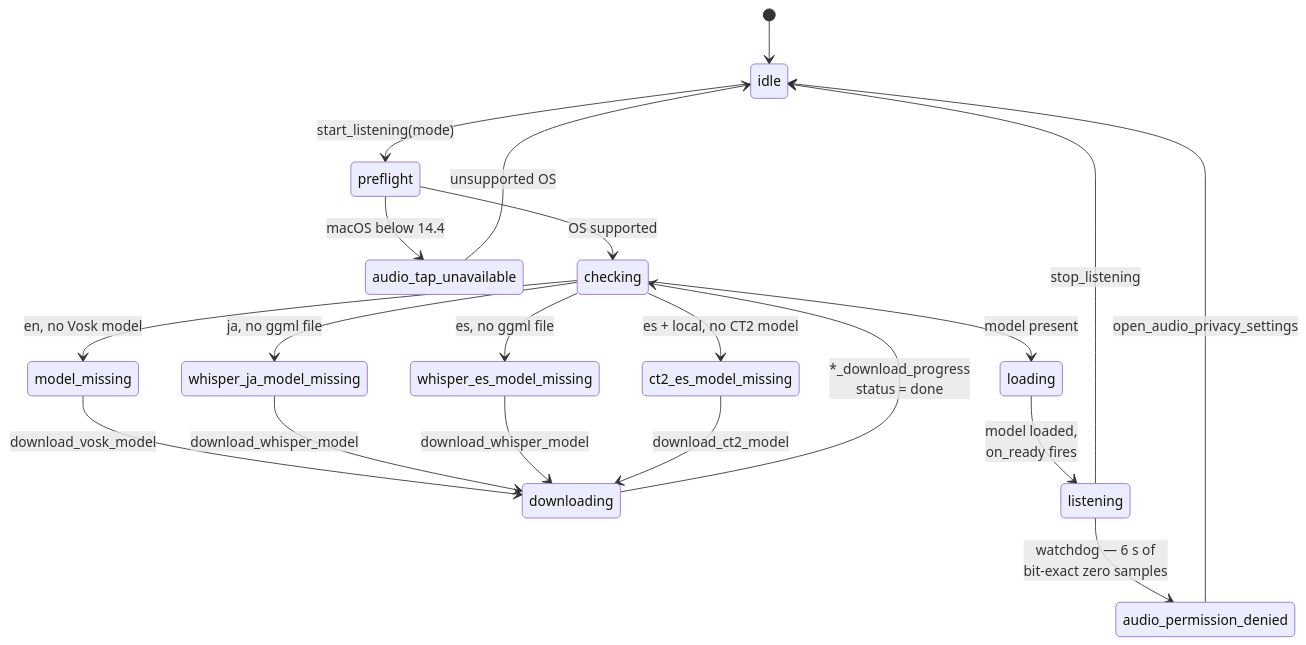
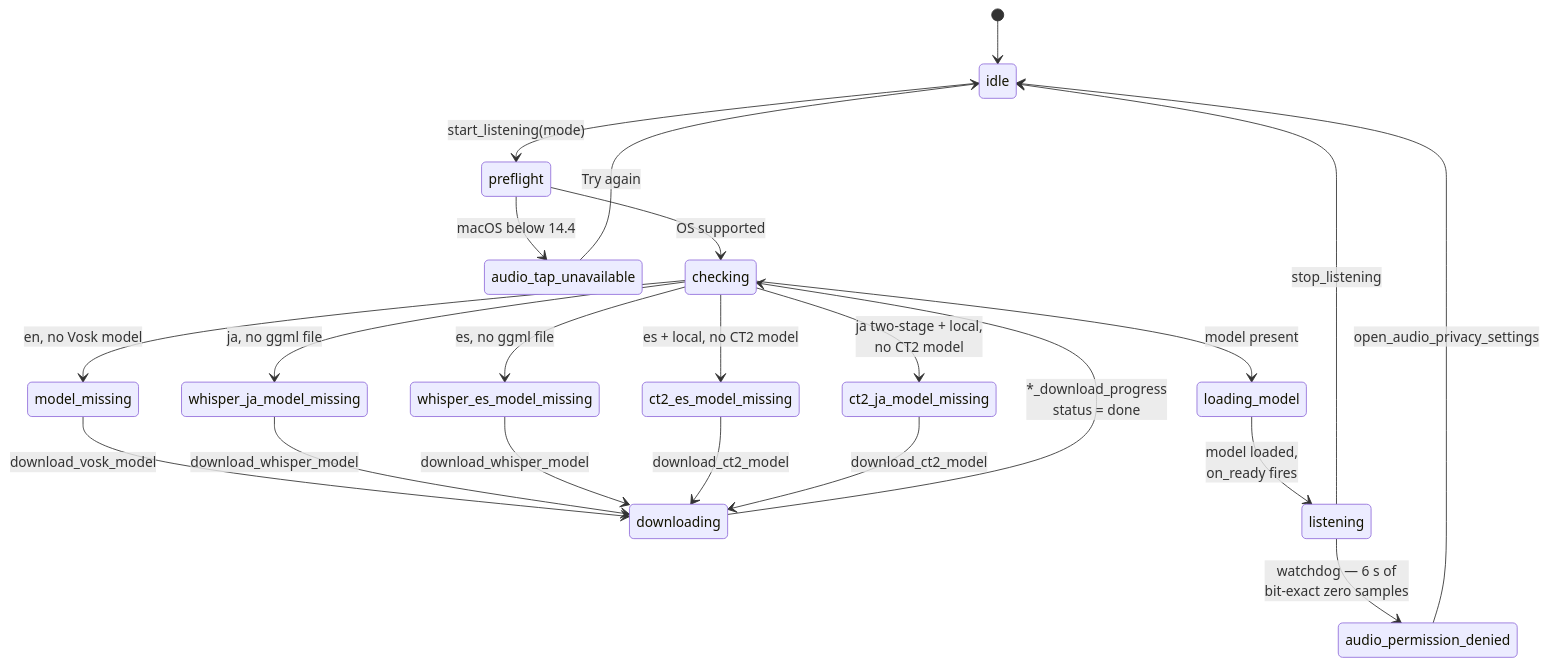
Before and after one commit to Pager-dot/vid_translate: the third of 4 diagrams in README.md, drawn with Mermaid.

````diff
--- a/README.md
+++ b/README.md
@@ -233,27 +233,29 @@
 ```mermaid
 stateDiagram-v2
     [*] --> idle
     idle --> preflight: start_listening(mode)
 
     preflight --> audio_tap_unavailable: macOS below 14.4
     preflight --> checking: OS supported
 
     checking --> model_missing: en, no Vosk model
     checking --> whisper_ja_model_missing: ja, no ggml file
     checking --> whisper_es_model_missing: es, no ggml file
     checking --> ct2_es_model_missing: es + local, no CT2 model
-    checking --> loading: model present
+    checking --> ct2_ja_model_missing: ja two-stage + local,<br/>no CT2 model
+    checking --> loading_model: model present
 
     model_missing --> downloading: download_vosk_model
     whisper_ja_model_missing --> downloading: download_whisper_model
     whisper_es_model_missing --> downloading: download_whisper_model
     ct2_es_model_missing --> downloading: download_ct2_model
+    ct2_ja_model_missing --> downloading: download_ct2_model
 
     downloading --> checking: *_download_progress<br/>status = done
 
-    loading --> listening: model loaded,<br/>on_ready fires
+    loading_model --> listening: model loaded,<br/>on_ready fires
     listening --> audio_permission_denied: watchdog — 6 s of<br/>bit-exact zero samples
     listening --> idle: stop_listening
     audio_permission_denied --> idle: open_audio_privacy_settings
-    audio_tap_unavailable --> idle: unsupported OS
+    audio_tap_unavailable --> idle: Try again
 ```
````
